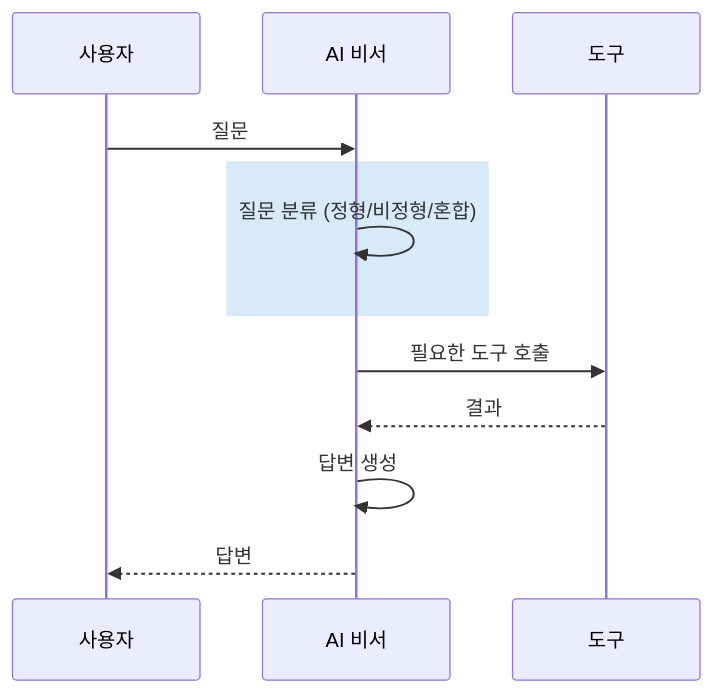
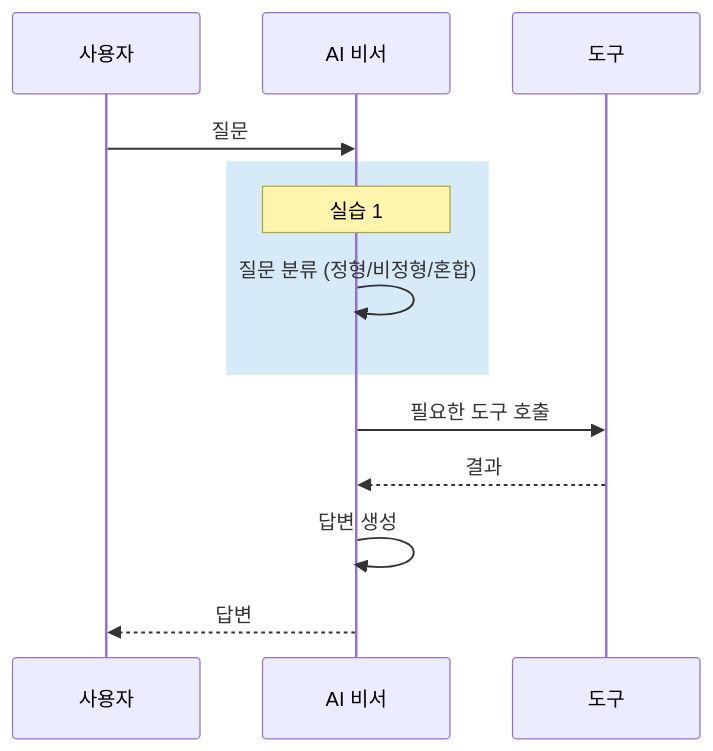
Before and after one commit to edu-openskill/lecture-book-workflow: the second of 4 diagrams in projects/사내AI비서_v2/chapters/06-연차도-규정도-한번에.md, drawn with Mermaid. The commit also changed other lines of this file and 92 other files, not shown here.

````diff
--- a/projects/사내AI비서_v2/chapters/06-연차도-규정도-한번에.md
+++ b/projects/사내AI비서_v2/chapters/06-연차도-규정도-한번에.md
@@ -379,11 +368,12 @@
 ```mermaid
 sequenceDiagram
     사용자->>AI 비서: 질문
     rect rgb(214, 234, 248)
+        Note over AI 비서: 실습 1
         AI 비서->>AI 비서: 질문 분류 (정형/비정형/혼합)
     end
     AI 비서->>도구: 필요한 도구 호출
     도구-->>AI 비서: 결과
     AI 비서->>AI 비서: 답변 생성
     AI 비서-->>사용자: 답변
 ```
````
